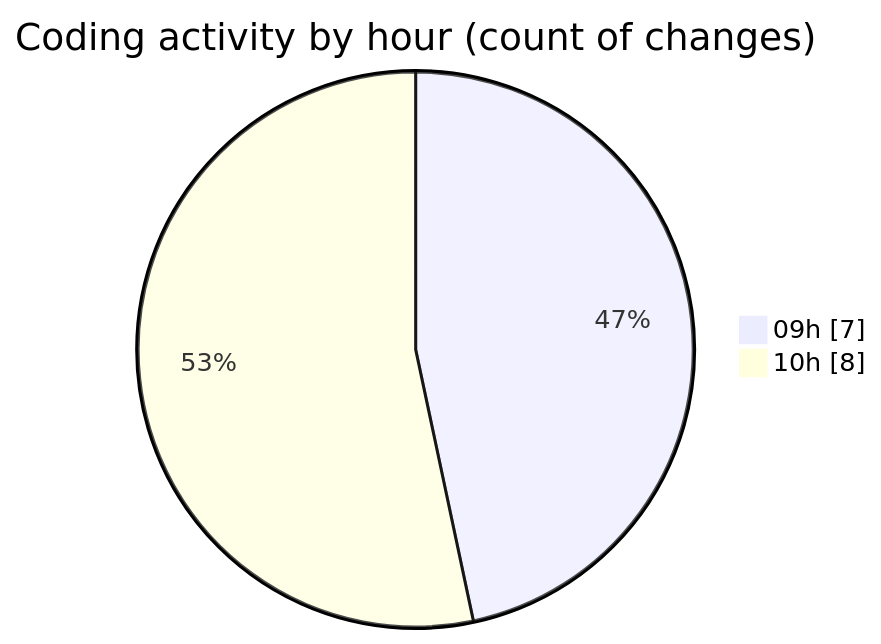
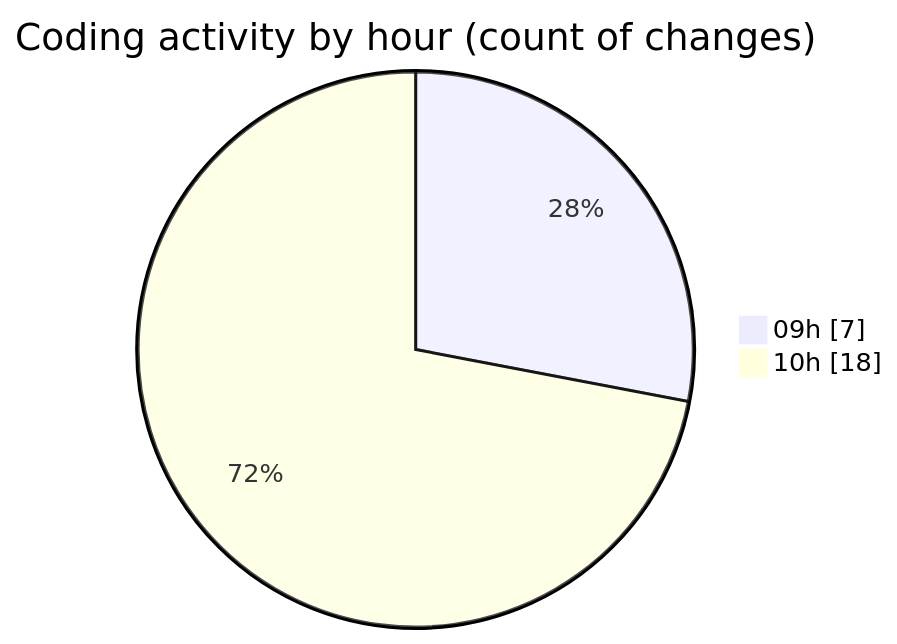
Before and after one commit to momahboobian/code-tracking: the second of 2 diagrams in 2025-06-16/cda/README.md, drawn with Mermaid. The commit also changed other lines of this file and 1 other file, not shown here.

````diff
--- a/2025-06-16/cda/README.md
+++ b/2025-06-16/cda/README.md
@@ -32,6 +32,6 @@
 ```mermaid
 pie showData
 title Coding activity by hour (count of changes)
 "09h" : 7
-"10h" : 8
+"10h" : 18
 ```
````
